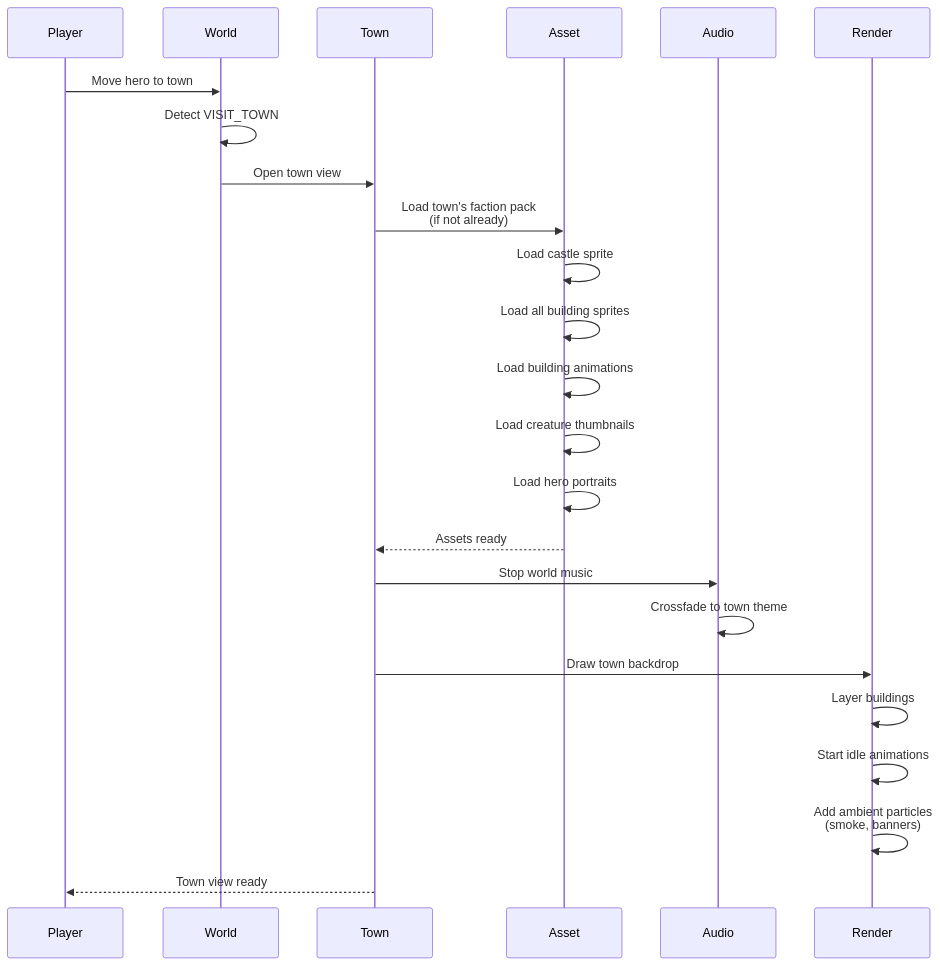
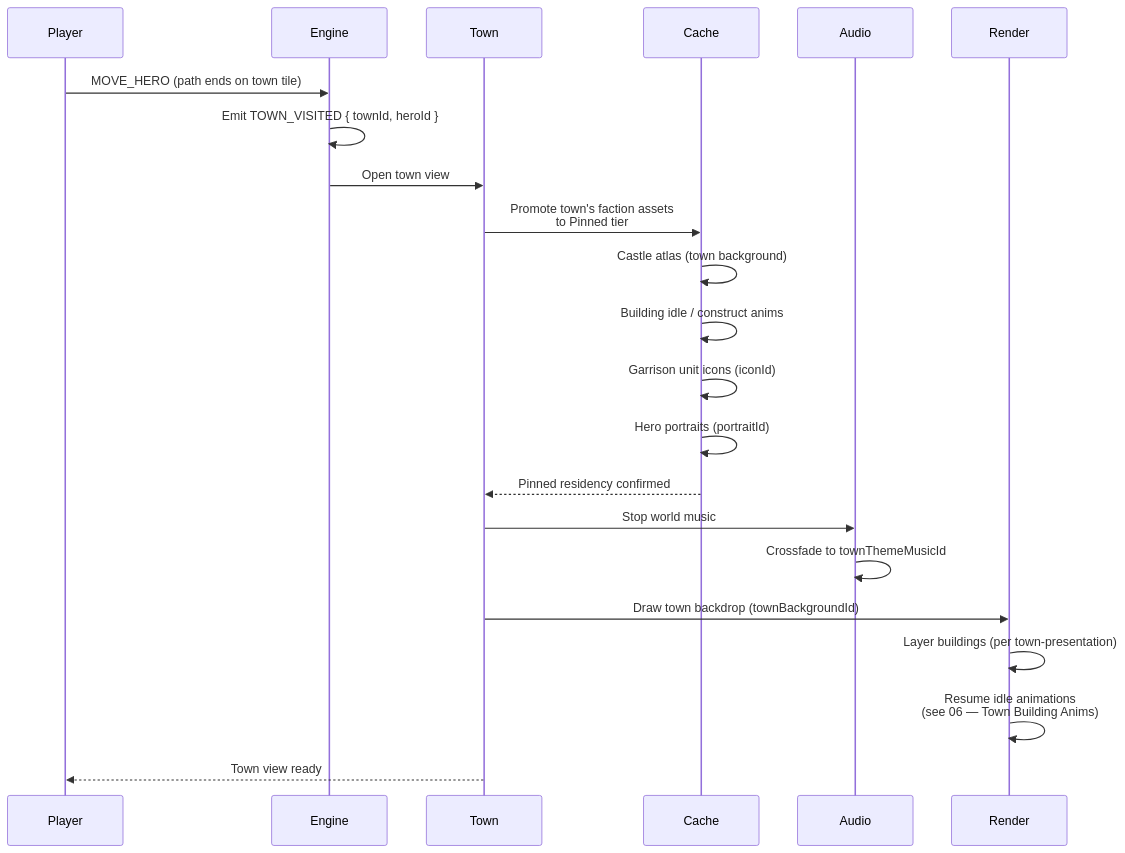
One commit to SunaNoOshiro/Heroes_Reforged_AI_Realms changed the diagram in docs/architecture/diagrams/15-enter-town.md. Above: the diagram before and after it, drawn with Mermaid. The commit also changed other lines of this file and 518 other files, not shown here.

First line of the commit message:
Add doc-audit skill and sweep architecture/screen docs

````diff
--- a/docs/architecture/diagrams/15-enter-town.md
+++ b/docs/architecture/diagrams/15-enter-town.md
@@ -10,27 +35,25 @@
 ```mermaid
 sequenceDiagram
     participant Player
-    participant World
+    participant Engine
     participant Town
-    participant Asset
+    participant Cache
     participant Audio
     participant Render
 
-    Player->>World: Move hero to town
-    World->>World: Detect VISIT_TOWN
-    World->>Town: Open town view
-    Town->>Asset: Load town's faction pack<br/>(if not already)
-    Asset->>Asset: Load castle sprite
-    Asset->>Asset: Load all building sprites
-    Asset->>Asset: Load building animations
-    Asset->>Asset: Load creature thumbnails
-    Asset->>Asset: Load hero portraits
-    Asset-->>Town: Assets ready
+    Player->>Engine: MOVE_HERO (path ends on town tile)
+    Engine->>Engine: Emit TOWN_VISITED { townId, heroId }
+    Engine->>Town: Open town view
+    Town->>Cache: Promote town's faction assets<br/>to Pinned tier
+    Cache->>Cache: Castle atlas (town background)
+    Cache->>Cache: Building idle / construct anims
+    Cache->>Cache: Garrison unit icons (iconId)
+    Cache->>Cache: Hero portraits (portraitId)
+    Cache-->>Town: Pinned residency confirmed
     Town->>Audio: Stop world music
-    Audio->>Audio: Crossfade to town theme
-    Town->>Render: Draw town backdrop
-    Render->>Render: Layer buildings
-    Render->>Render: Start idle animations
-    Render->>Render: Add ambient particles<br/>(smoke, banners)
+    Audio->>Audio: Crossfade to townThemeMusicId
+    Town->>Render: Draw town backdrop (townBackgroundId)
+    Render->>Render: Layer buildings (per town-presentation)
+    Render->>Render: Resume idle animations<br/>(see 06 — Town Building Anims)
     Town-->>Player: Town view ready
 ```
````
